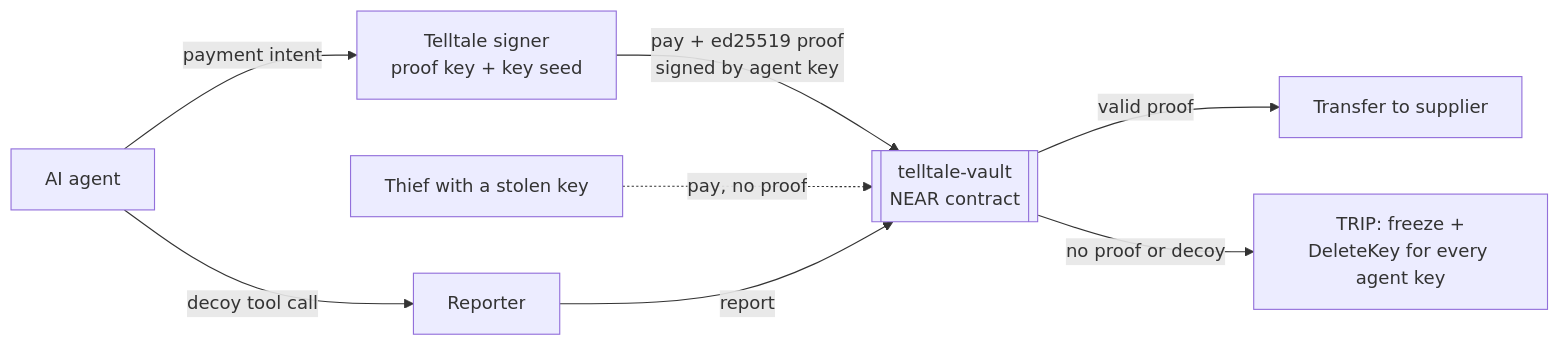
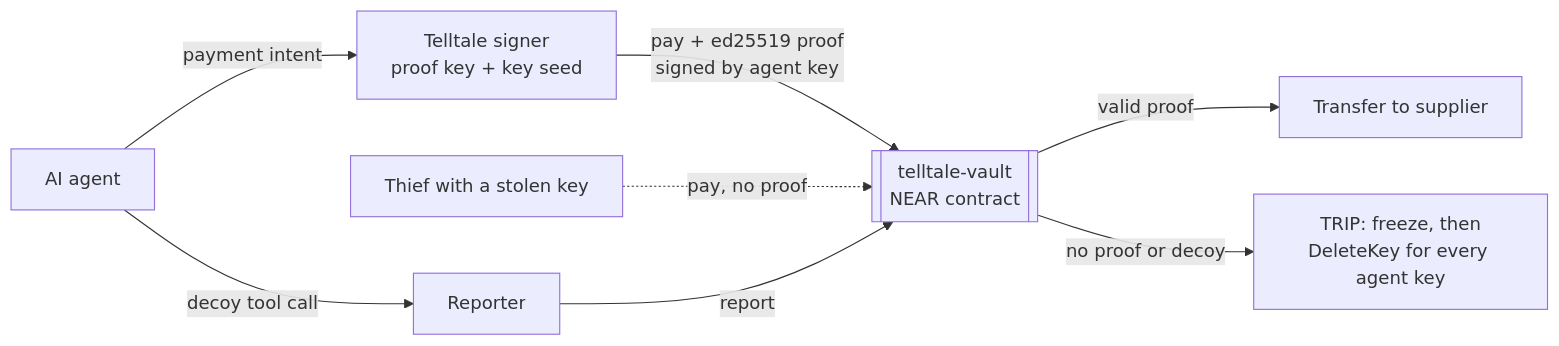
The diagram in README.md (maitreya-ai/TellTale-NearProtocol-Hack), drawn with Mermaid before and after one commit. The commit also changed other lines of this file and 13 other files, not shown here.

````diff
--- a/README.md
+++ b/README.md
@@ -22,9 +46,9 @@
 ```mermaid
 flowchart LR
   A[AI agent] -->|payment intent| S[Telltale signer<br/>proof key + key seed]
   S -->|pay + ed25519 proof<br/>signed by agent key| V[[telltale-vault<br/>NEAR contract]]
   T[Thief with a stolen key] -.->|pay, no proof| V
   A -->|decoy tool call| R[Reporter] -->|report| V
   V -->|valid proof| P[Transfer to supplier]
-  V -->|no proof or decoy| X[TRIP: freeze +<br/>DeleteKey for every agent key]
+  V -->|no proof or decoy| X[TRIP: freeze, then<br/>DeleteKey for every agent key]
 ```
````
